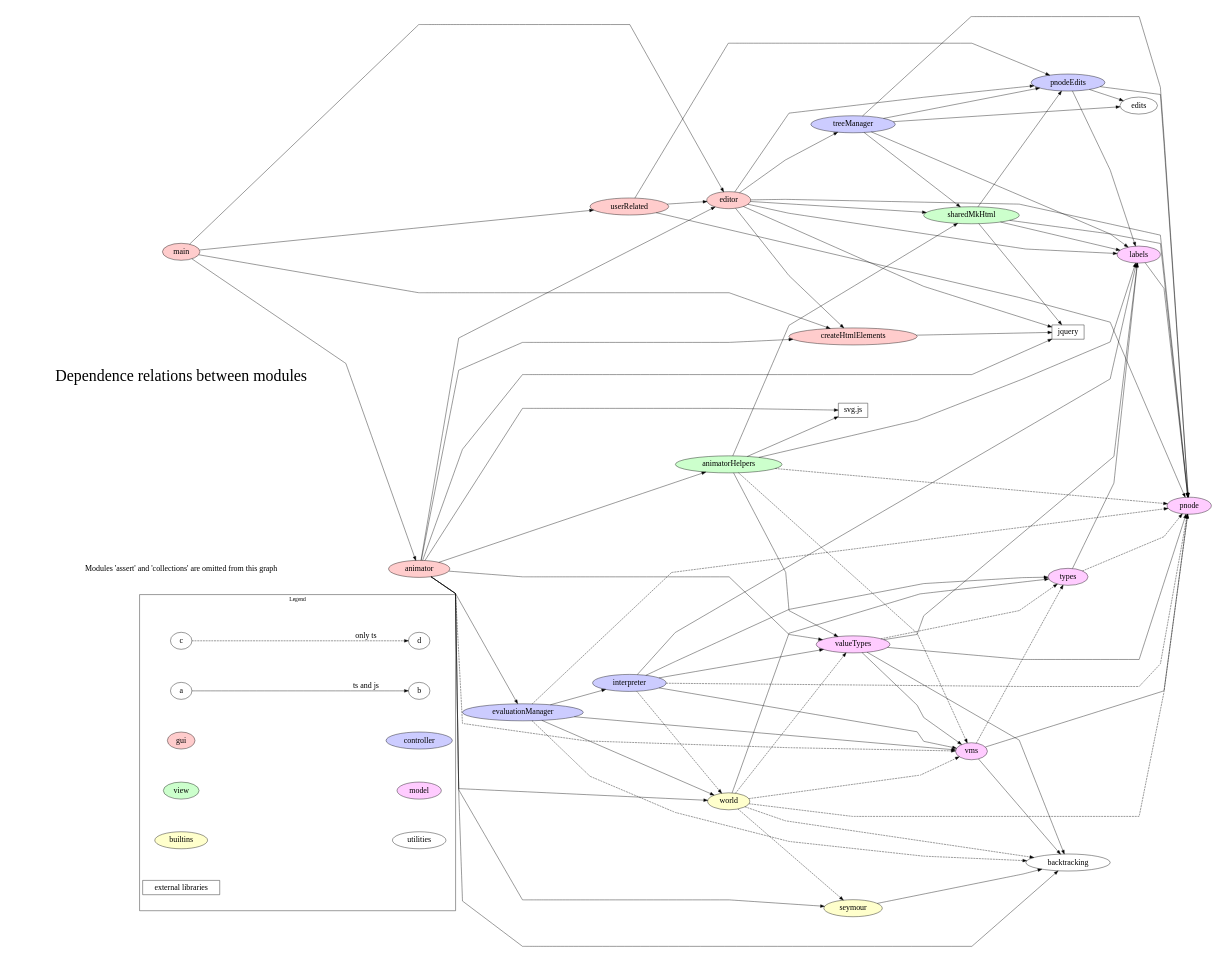
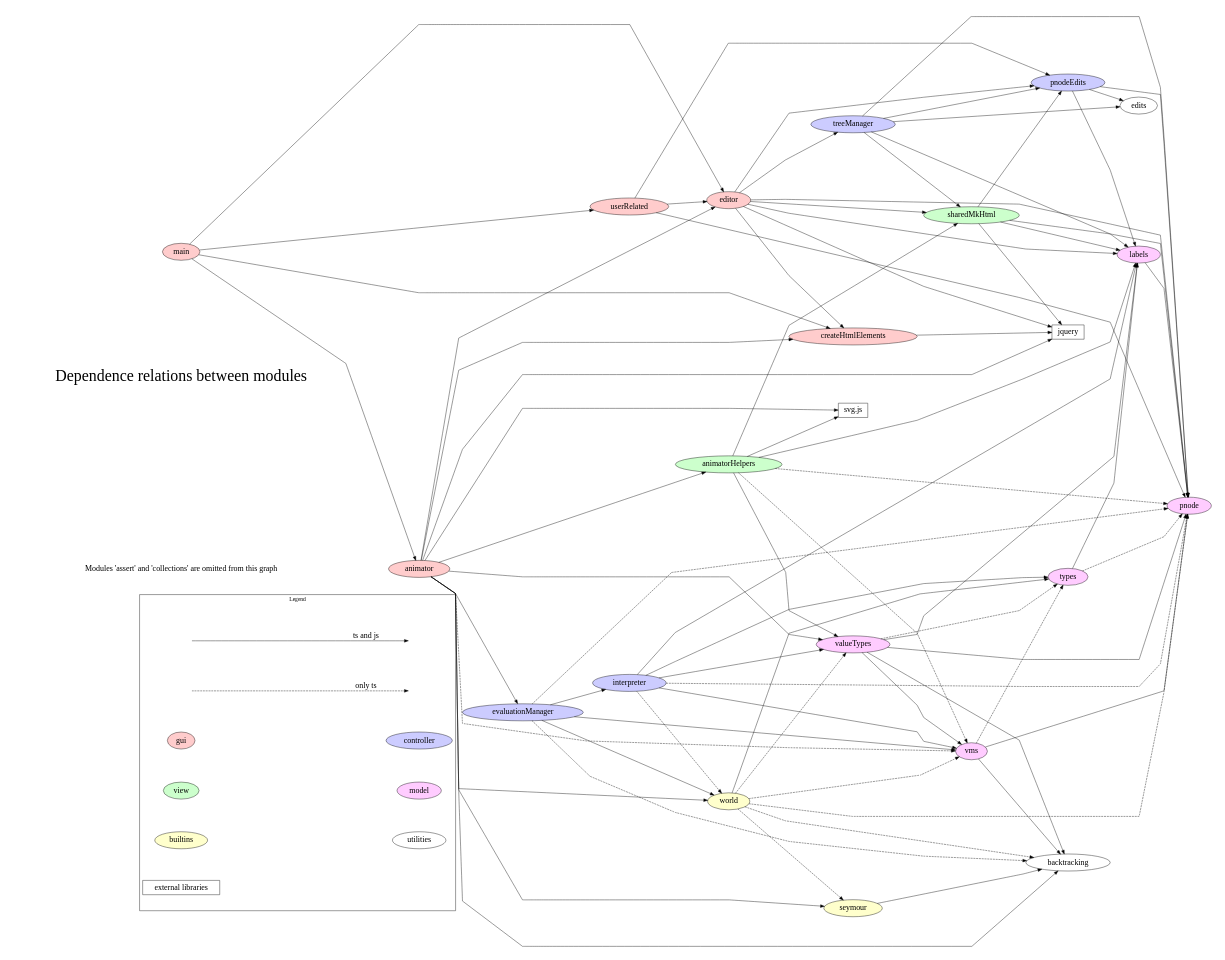
The diagram in typescriptSrc/dependence.gv (theodore-norvell/PLAAY), drawn with Graphviz before and after one commit. The commit also changed 1 other file, not shown here.

Commit message:
Minor changes to dependence diagram

```diff
--- a/typescriptSrc/dependence.gv
+++ b/typescriptSrc/dependence.gv
@@ -1,154 +1,157 @@
 
 digraph Depends {
     size="9,6.5" ;
     splines="polyline" ;
     nodesep=0.2 ;
     ranksep=0.2 ;
    ratio=fill;
    rankdir = LR ;
    node[fontsize=20];
 
    subgraph cluster1 {
         label = "Legend" ;
         shape=rectangle ;
         color = black ;
+        a [style=invis];
+        b [style=invis] ;
+        c [style=invis] ;
+        d [style=invis] ;
         c -> d [label="only ts", style=dashed, fontsize=20] ; 
         a -> b [label="ts and js", fontsize=20] ;
         gui -> controller [style=invis] ;
         view -> model [style=invis] ;
         builtins -> utilities [style=invis] ;
-        
+
         gui [style=filled, fillcolor="#ffcccc"] ;
         controller [style=filled, fillcolor="#ccccff"] ;
         view [style=filled, fillcolor="#ccffcc"] ;
         model [style=filled, fillcolor="#ffccff"] ;
         builtins [style=filled, fillcolor="#ffffcc"] ;
         utilities ;
         "external libraries" [shape=rectangle] ;
-
     }
 
    utils [label="Modules 'assert' and 'collections' are omitted from this graph",
               shape=none] ;
    caption [ label="Dependence relations between modules", fontsize=40,
-              pos="1,1!", shape=none] ;
+              shape=none] ;
 
     main [style=filled, fillcolor="#ffcccc"] ;
     editor [style=filled, fillcolor="#ffcccc"] ;
     animator [style=filled, fillcolor="#ffcccc"] ;
     createHtmlElements [style=filled, fillcolor="#ffcccc"] ;
     userRelated [style=filled, fillcolor="#ffcccc" ] ;
     
     evaluationManager [style=filled, fillcolor="#ccccff"] ;
     interpreter [style=filled, fillcolor="#ccccff"] ;
     treeManager [style=filled, fillcolor="#ccccff"] ;
     pnodeEdits [style=filled, fillcolor="#ccccff"] ;
     
     sharedMkHtml [style=filled, fillcolor="#ccffcc"] ;
     animatorHelpers [style=filled, fillcolor="#ccffcc"] ;
 
     vms [style=filled, fillcolor="#ffccff"] ;
     valueTypes [style=filled, fillcolor="#ffccff"] ;
     types [style=filled, fillcolor="#ffccff"] ;
     labels [style=filled, fillcolor="#ffccff"] ;
     pnode [style=filled, fillcolor="#ffccff"] ;
 
     world [style=filled, fillcolor="#ffffcc"] ;
     seymour [style=filled, fillcolor="#ffffcc"] ;
     
    animator -> animatorHelpers  ;
    animator -> backtracking ;
    animator -> createHtmlElements ;
    animator -> editor ;
    animator -> evaluationManager ;
    animator -> seymour ;
    animator -> valueTypes ;
    animator -> world ;
    animator -> vms [style=dashed] ;
    animator -> svg ;
    animator -> jquery ;
 
    animatorHelpers -> labels ;
    animatorHelpers -> pnode [style=dashed] ;
    animatorHelpers -> sharedMkHtml ;
    animatorHelpers -> valueTypes ;
    animatorHelpers -> vms [style=dashed];
    animatorHelpers -> svg ;
    
    createHtmlElements -> jquery ;
 
    editor -> createHtmlElements ;
    editor -> labels ;
    editor -> pnode  ;
    editor -> pnodeEdits ;
    editor -> sharedMkHtml ;
    editor -> treeManager ;
    editor -> jquery ;
 
    evaluationManager -> backtracking  [style=dashed];
    evaluationManager -> interpreter ;
    evaluationManager -> pnode  [style=dashed];
    evaluationManager -> vms ;
    evaluationManager -> world ;
 
    interpreter -> labels ;
    interpreter -> pnode  [style=dashed];
    interpreter -> types ;
    interpreter -> valueTypes ;
    interpreter -> vms ;
    interpreter -> world  [style=dashed];
 
     jquery [shape=rectangle]
     
    labels -> pnode ;
 
    main -> animator ;
    main -> createHtmlElements ;
    main -> editor ;
    main -> userRelated ;
 
    pnodeEdits -> edits ;
    pnodeEdits -> pnode ;
    pnodeEdits -> labels ;
    
    types -> pnode [style=dashed];
    types -> labels ;
 
    seymour -> backtracking ;
 
    sharedMkHtml -> labels ;
    sharedMkHtml -> pnode ;
    sharedMkHtml -> pnodeEdits ;
    sharedMkHtml -> jquery ;
 
    svg [label="svg.js", shape=rectangle] ;
 
    treeManager -> edits ;
    treeManager -> labels ;
    treeManager -> pnode ;
    treeManager -> pnodeEdits ;
    treeManager -> sharedMkHtml ;
 
    userRelated -> editor ;
    userRelated -> pnodeEdits ;
    userRelated -> pnode ;
    
    valueTypes -> backtracking ;
    valueTypes -> labels ;
    valueTypes -> pnode ;
    valueTypes -> types  [style=dashed];
    valueTypes -> vms ;
 
    
    vms -> backtracking
    vms -> pnode ;
    vms -> types  [style=dashed];
 
    world -> backtracking  [style=dashed];
    world -> pnode  [style=dashed];
    world -> seymour  [style=dashed];
    world -> types ;
    world -> valueTypes  [style=dashed];
    world -> vms  [style=dashed];
    
 }
```
